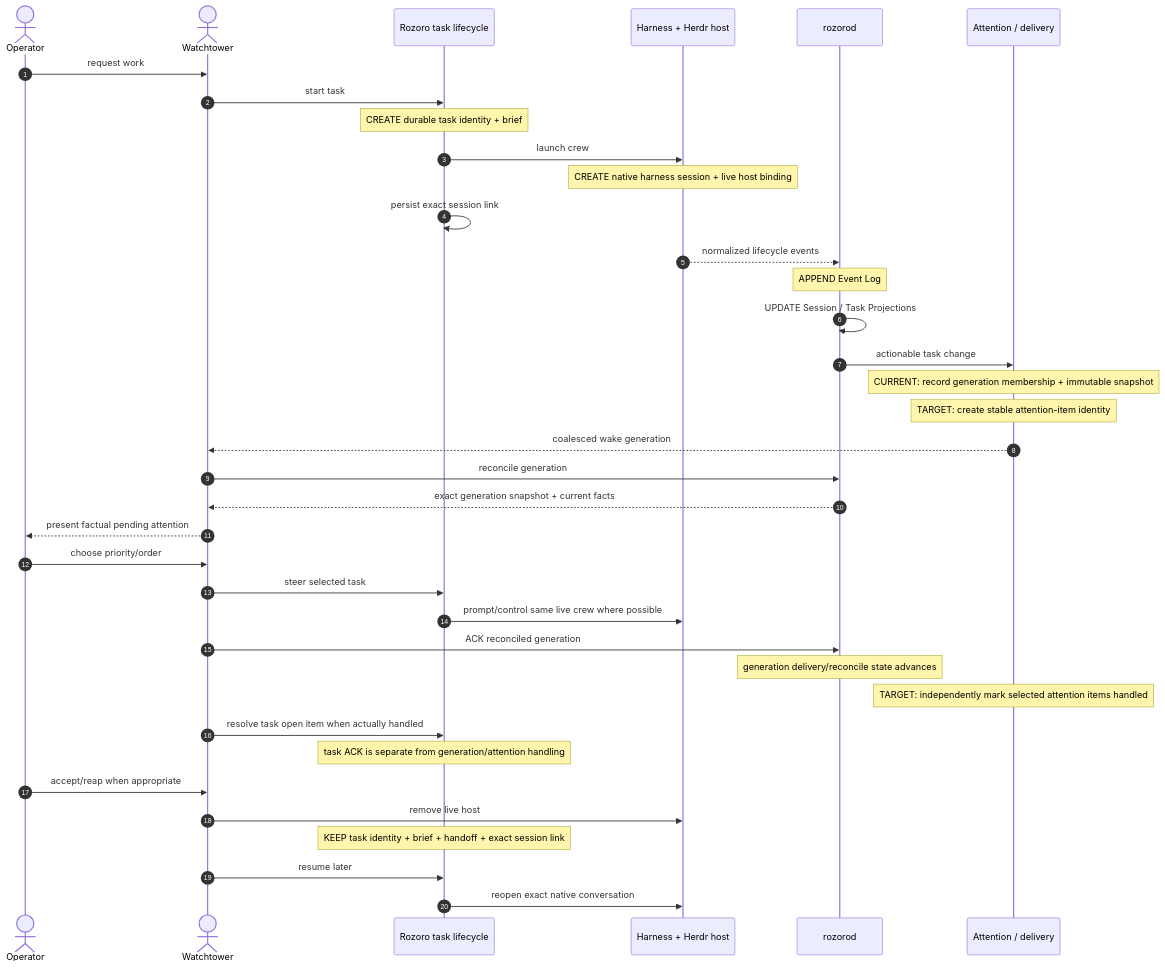
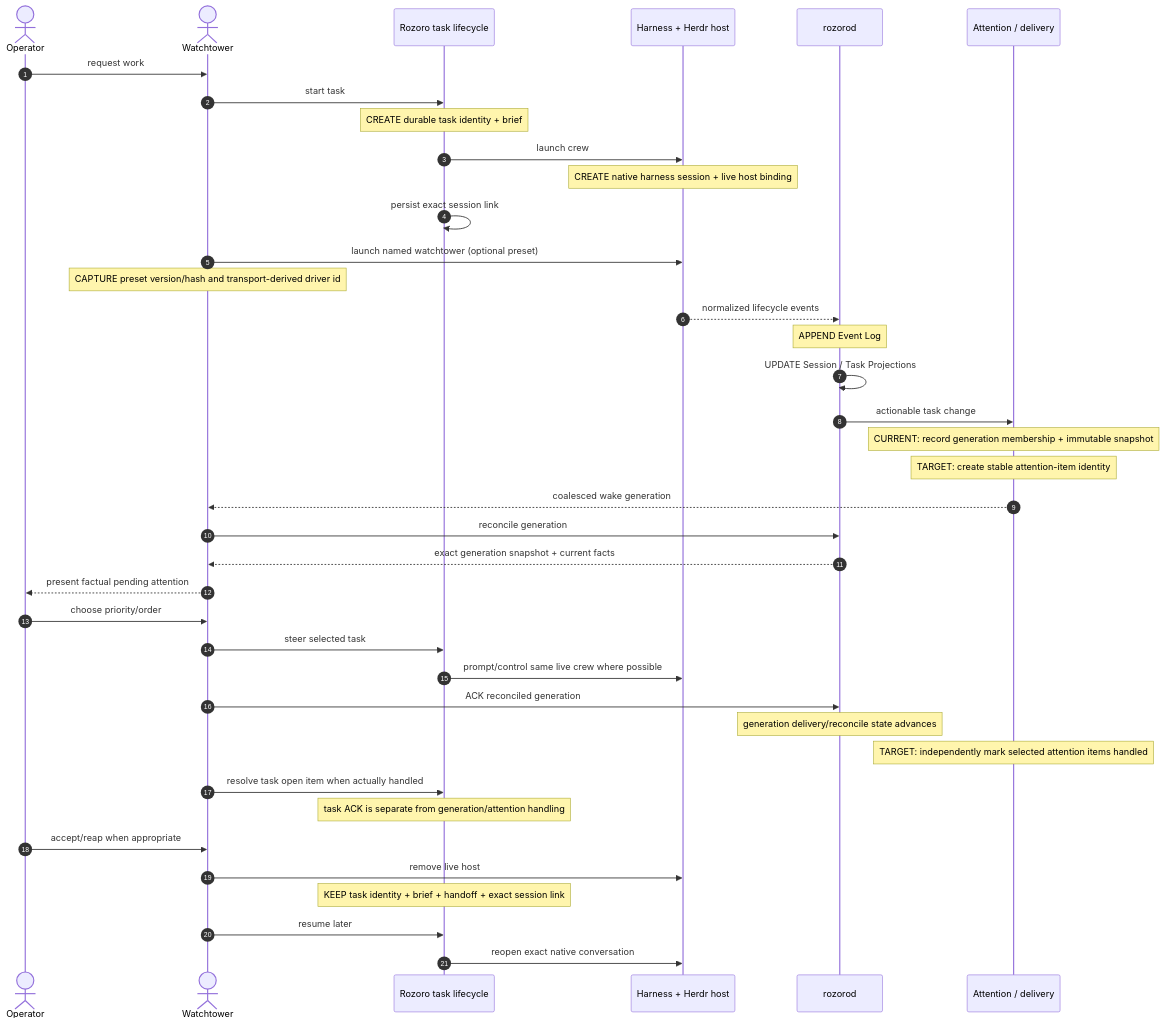
The diagram in docs/artifact-lifecycle.md (odjhey/rozoro), drawn with Mermaid before and after one commit. The commit also changed other lines of this file and 4 other files, not shown here.

Commit message:
no-mistakes(document): Documented named Watchtower attribution and preset lifecycle

````diff
--- a/docs/artifact-lifecycle.md
+++ b/docs/artifact-lifecycle.md
@@ -7,49 +7,52 @@
 ```mermaid
 sequenceDiagram
     autonumber
     actor O as Operator
     actor W as Watchtower
     participant R as Rozoro task lifecycle
     participant H as Harness + Herdr host
     participant D as rozorod
     participant A as Attention / delivery
 
     O->>W: request work
     W->>R: start task
     Note over R: CREATE durable task identity + brief
 
     R->>H: launch crew
     Note over H: CREATE native harness session + live host binding
     R->>R: persist exact session link
+
+    W->>H: launch named watchtower (optional preset)
+    Note over W: CAPTURE preset version/hash and transport-derived driver id
 
     H-->>D: normalized lifecycle events
     Note over D: APPEND Event Log
     D->>D: UPDATE Session / Task Projections
 
     D->>A: actionable task change
     Note over A: CURRENT: record generation membership + immutable snapshot
     Note over A: TARGET: create stable attention-item identity
 
     A-->>W: coalesced wake generation
     W->>D: reconcile generation
     D-->>W: exact generation snapshot + current facts
     W-->>O: present factual pending attention
     O->>W: choose priority/order
 
     W->>R: steer selected task
     R->>H: prompt/control same live crew where possible
 
     W->>D: ACK reconciled generation
     Note over D: generation delivery/reconcile state advances
     Note over A: TARGET: independently mark selected attention items handled
 
     W->>R: resolve task open item when actually handled
     Note over R: task ACK is separate from generation/attention handling
 
     O->>W: accept/reap when appropriate
     W->>H: remove live host
     Note over R: KEEP task identity + brief + handoff + exact session link
 
     W->>R: resume later
     R->>H: reopen exact native conversation
 ```
````
